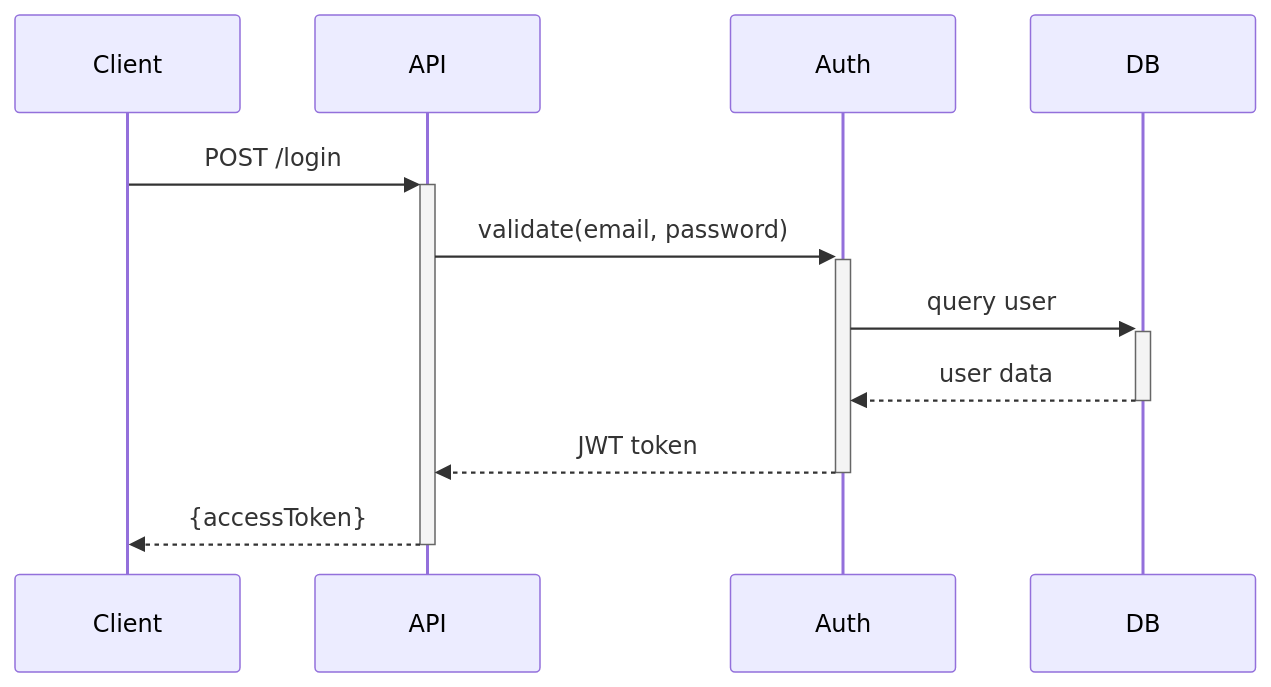
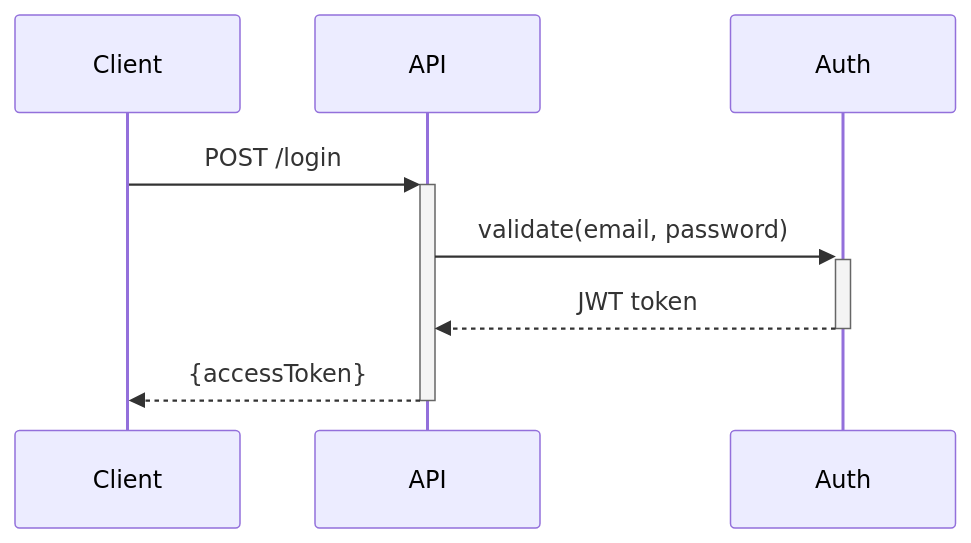
The second of 3 diagrams in src/sspec/templates/skills/write-spec-doc/SKILL.md (frostime/simpe-spec), drawn with Mermaid before and after one commit. The commit also changed other lines of this file and 10 other files, not shown here.

````diff
--- a/src/sspec/templates/skills/write-spec-doc/SKILL.md
+++ b/src/sspec/templates/skills/write-spec-doc/SKILL.md
@@ -192,9 +153,7 @@
 ```mermaid
 sequenceDiagram
     Client->>+API: POST /login
     API->>+Auth: validate(email, password)
-    Auth->>+DB: query user
-    DB-->>-Auth: user data
     Auth-->>-API: JWT token
     API-->>-Client: {accessToken}
 ```
````
